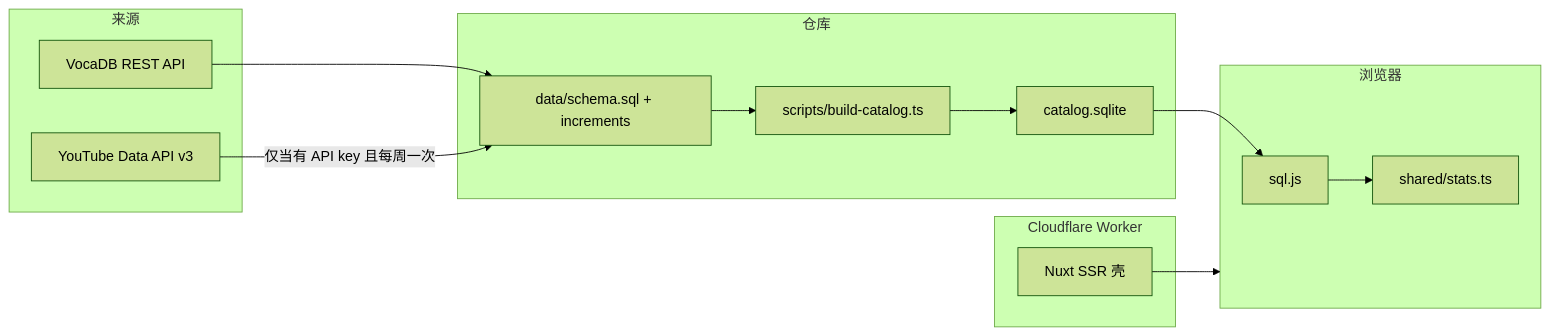
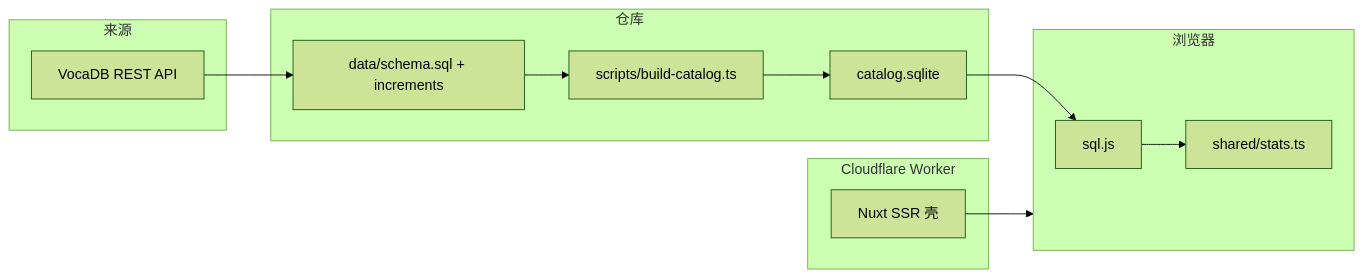
Before and after one commit to RJiazhen/miku-concert-stats: the diagram in docs/design.md, drawn with Mermaid (forest theme). The commit also changed other lines of this file and 73 other files, not shown here.

````diff
--- a/docs/design.md
+++ b/docs/design.md
@@ -96,23 +82,21 @@
 ```mermaid
 flowchart LR
   subgraph sources [来源]
     VocaDB["VocaDB REST API"]
-    YT["YouTube Data API v3"]
   end
   subgraph repo [仓库]
     SQL["data/schema.sql + increments"]
     Build["scripts/build-catalog.ts"]
     SQLite["catalog.sqlite"]
   end
   subgraph edge [Cloudflare Worker]
     SSR["Nuxt SSR 壳"]
   end
   subgraph browser [浏览器]
     Wasm["sql.js"]
     Stats["shared/stats.ts"]
   end
   VocaDB --> SQL
-  YT -->|"仅当有 API key 且每周一次"| SQL
   SQL --> Build --> SQLite --> Wasm --> Stats
   SSR --> browser
 ```
````
